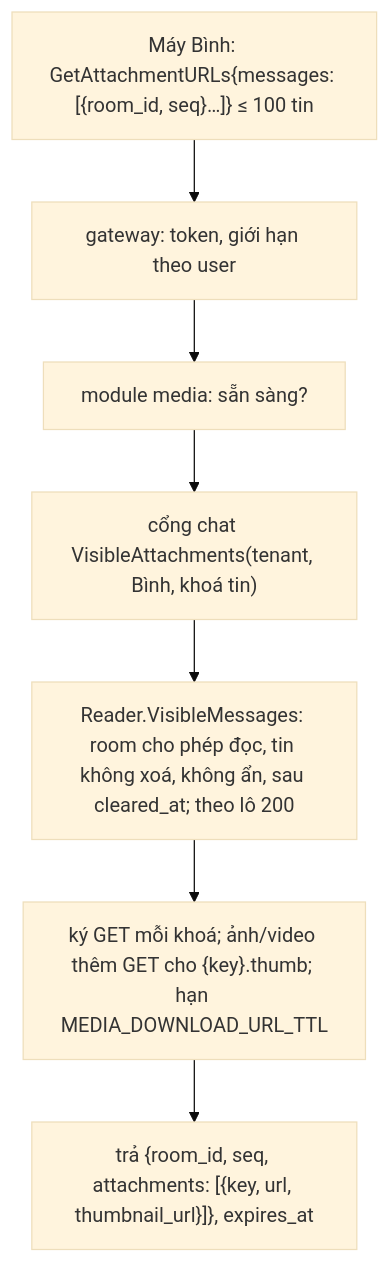
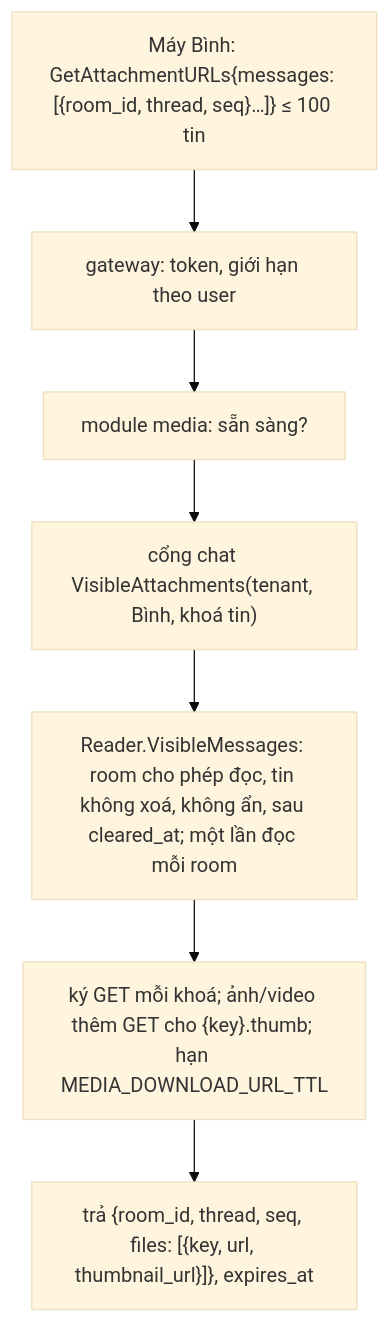
One commit to ivannguyendev/chatim changed the second of 3 diagrams in docs/plans/2026-11-07-m7-p2-attachments-summary.md. Above: the diagram before and after it, drawn with Mermaid (base theme). The commit also changed other lines of this file, not shown here.

````diff
--- a/docs/plans/2026-11-07-m7-p2-attachments-summary.md
+++ b/docs/plans/2026-11-07-m7-p2-attachments-summary.md
@@ -126,9 +126,9 @@
 ```mermaid
 flowchart TB
-  B["Máy Bình: GetAttachmentURLs{messages: [{room_id, seq}…]} ≤ 100 tin"] --> GW["gateway: token, giới hạn theo user"]
+  B["Máy Bình: GetAttachmentURLs{messages: [{room_id, thread, seq}…]} ≤ 100 tin"] --> GW["gateway: token, giới hạn theo user"]
   GW --> M["module media: sẵn sàng?"]
   M --> P["cổng chat VisibleAttachments(tenant, Bình, khoá tin)"]
-  P --> R["Reader.VisibleMessages: room cho phép đọc, tin không xoá, không ẩn, sau cleared_at; theo lô 200"]
+  P --> R["Reader.VisibleMessages: room cho phép đọc, tin không xoá, không ẩn, sau cleared_at; một lần đọc mỗi room"]
   R --> M2["ký GET mỗi khoá; ảnh/video thêm GET cho {key}.thumb; hạn MEDIA_DOWNLOAD_URL_TTL"]
-  M2 --> B2["trả {room_id, seq, attachments: [{key, url, thumbnail_url}]}, expires_at"]
+  M2 --> B2["trả {room_id, thread, seq, files: [{key, url, thumbnail_url}]}, expires_at"]
 ```
````
